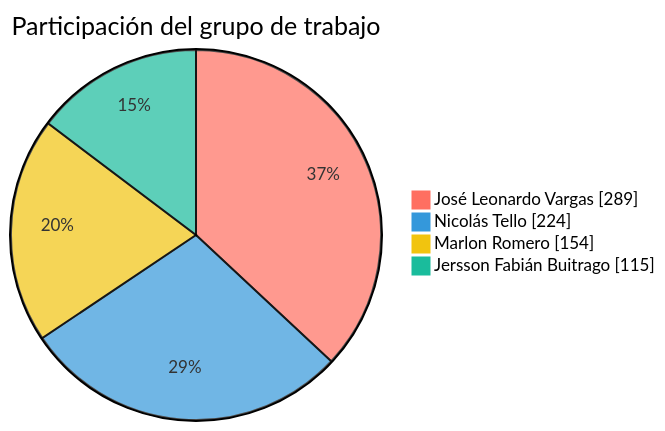
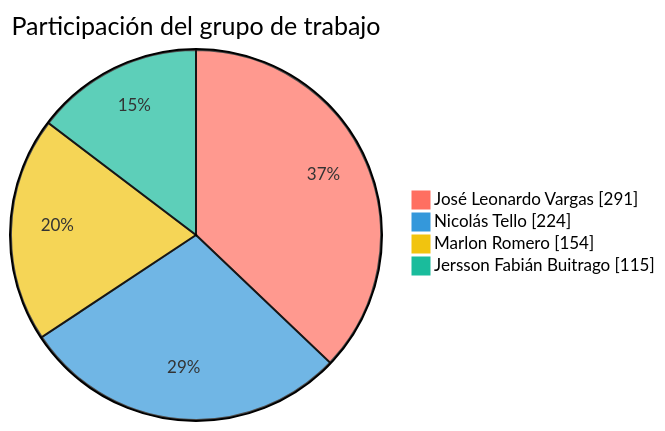
Before and after one commit to FarmaExpres/FarmaExpres: the first of 2 diagrams in README.md, drawn with Mermaid. The commit also changed other lines of this file and 1 other file, not shown here.

````diff
--- a/README.md
+++ b/README.md
@@ -391,9 +391,9 @@
 ```mermaid
 %%{init: {"themeVariables": {"pie1": "#ff6f61", "pie2": "#3498db", "pie3": "#f1c40f", "pie4": "#1abc9c", "pieLabelColor": "#000000", "pieLabelFontSize": "24px", "pieLabelFontWeight": "700"}}}%%
 pie showData
     title Participación del grupo de trabajo
-    "José Leonardo Vargas" : 289
+    "José Leonardo Vargas" : 291
     "Nicolás Tello" : 224
     "Marlon Romero" : 154
     "Jersson Fabián Buitrago" : 115
 ```
````
